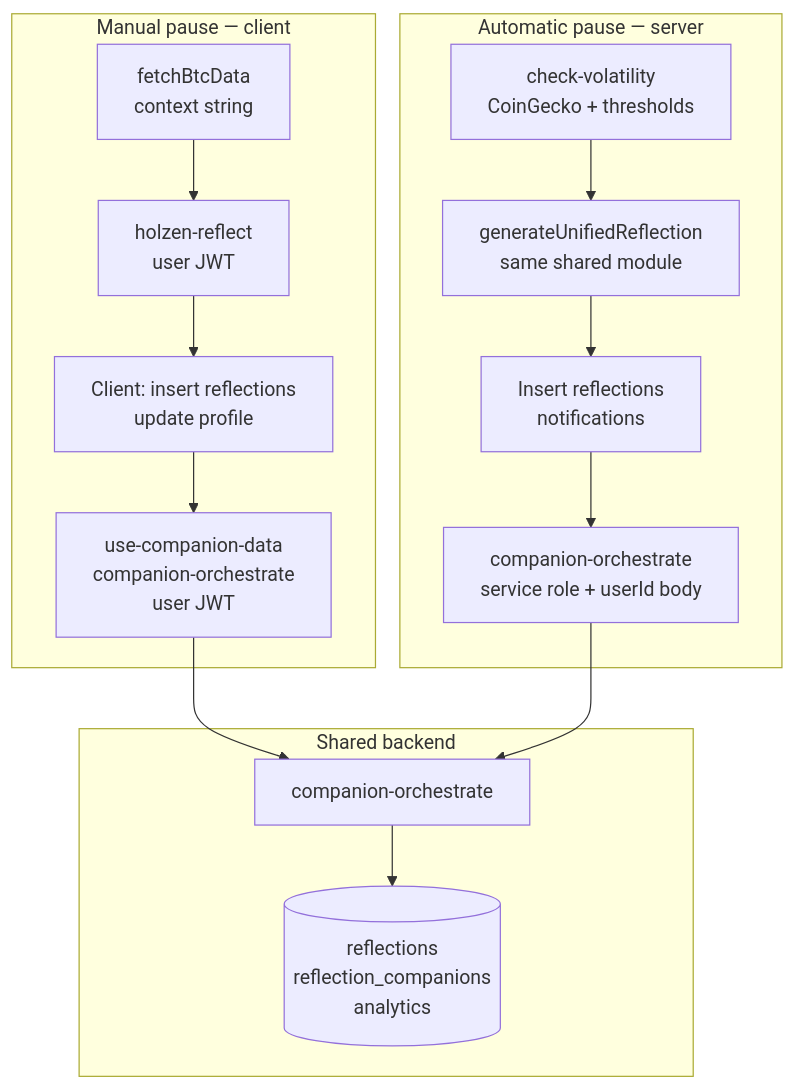
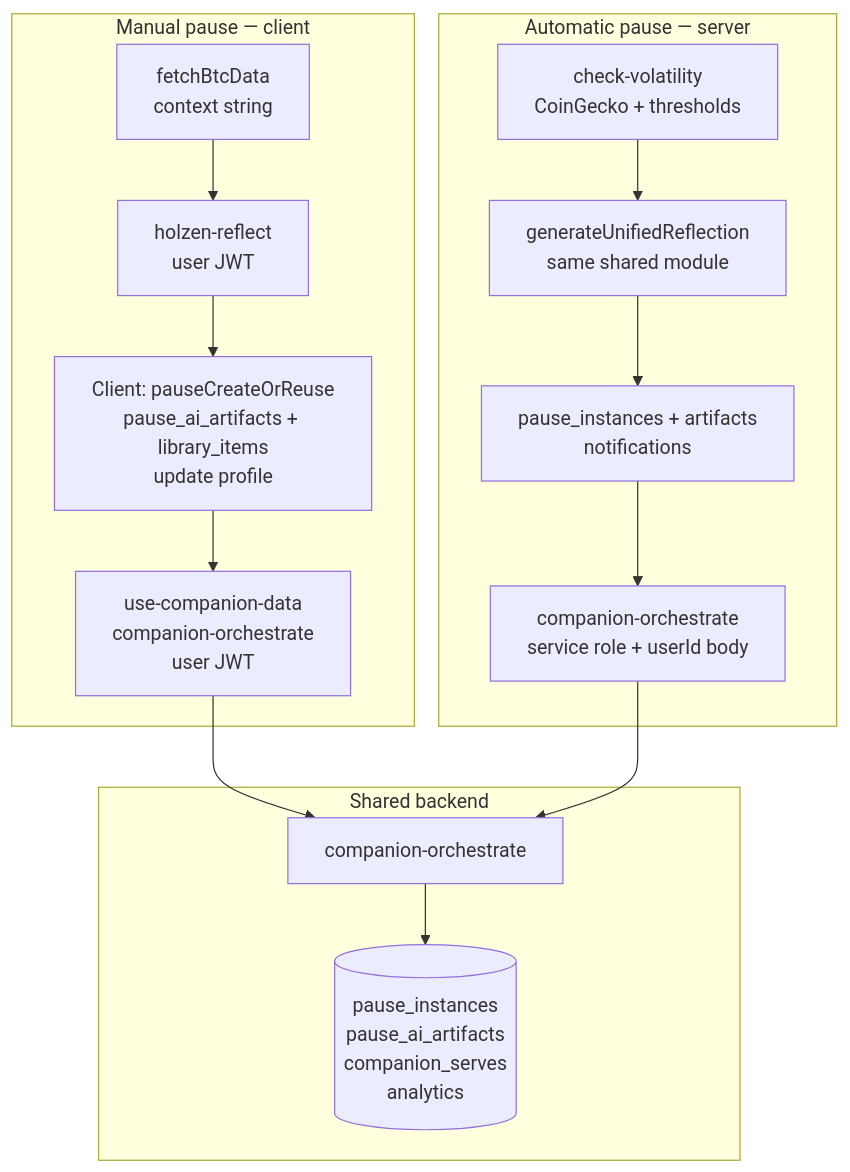
One commit to Angelguirao/holzen changed the second of 5 diagrams in docs/systems/pause/ai-powered-pause-system.md. Above: the diagram before and after it, drawn with Mermaid. The commit also changed other lines of this file, not shown here.

First line of the commit message:
docs(pause): align ai-powered-pause-system with Pause V2 runtime

````diff
--- a/docs/systems/pause/ai-powered-pause-system.md
+++ b/docs/systems/pause/ai-powered-pause-system.md
@@ -224,24 +218,24 @@
 ```mermaid
 flowchart TB
   subgraph MANUAL [Manual pause — client]
     BTC[fetchBtcData\ncontext string]
     HR[holzen-reflect\nuser JWT]
-    INS[Client: insert reflections\nupdate profile]
+    INS[Client: pauseCreateOrReuse\npause_ai_artifacts + library_items\nupdate profile]
     UCD[use-companion-data\ncompanion-orchestrate\nuser JWT]
     BTC --> HR --> INS --> UCD
   end
   subgraph AUTO [Automatic pause — server]
     CV[check-volatility\nCoinGecko + thresholds]
     GUR[generateUnifiedReflection\nsame shared module]
-    INS2[Insert reflections\nnotifications]
+    INS2[pause_instances + artifacts\nnotifications]
     COS[companion-orchestrate\nservice role + userId body]
     CV --> GUR --> INS2 --> COS
   end
   subgraph SHARED [Shared backend]
     ORCH[companion-orchestrate]
-    ROW[(reflections\nreflection_companions\nanalytics)]
+    ROW[(pause_instances\npause_ai_artifacts\ncompanion_serves\nanalytics)]
   end
   UCD --> ORCH
   COS --> ORCH
   ORCH --> ROW
 ```
````
